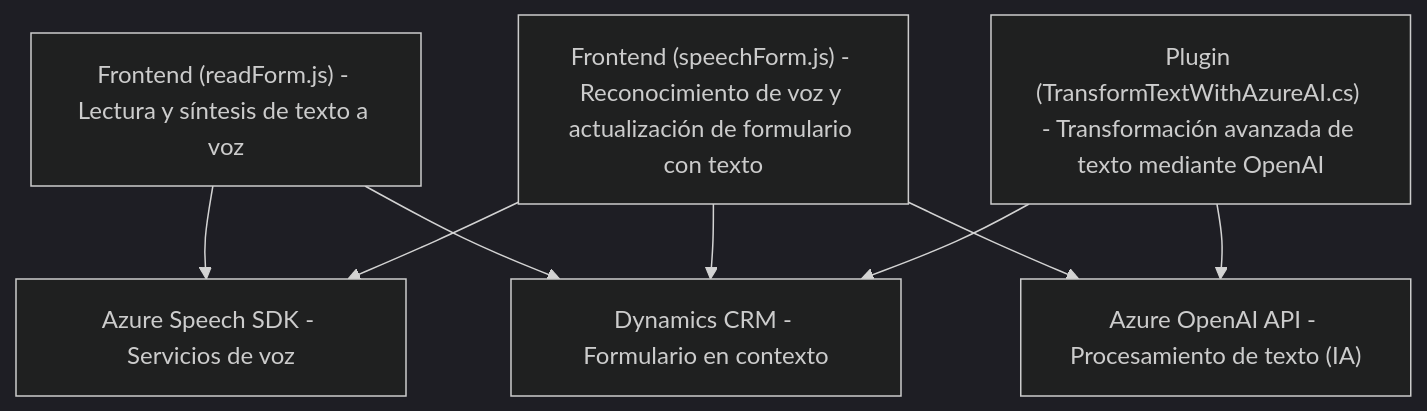
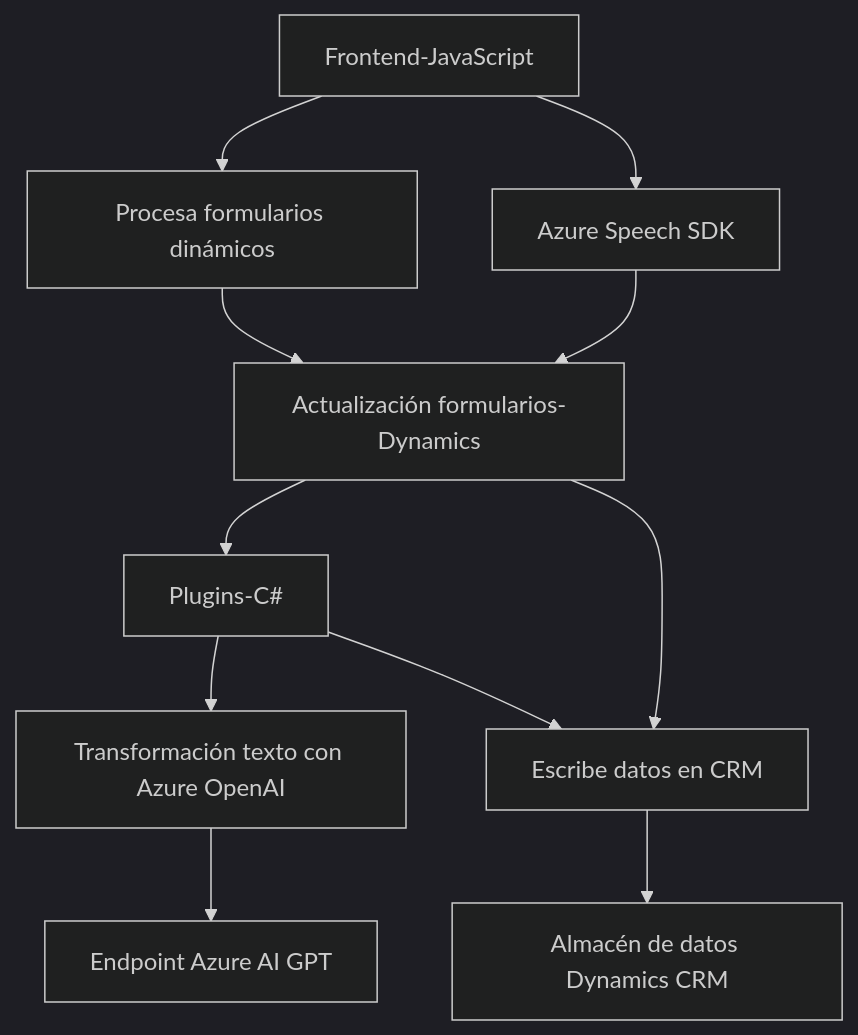
The diagram in README.md (blopezdm/NETCORE_BILBAO2025), drawn with Mermaid (dark theme) before and after one commit. The commit also changed other lines of this file, not shown here.

Commit message:
Actualizar análisis global de la solución con IA

````diff
--- a/README.md
+++ b/README.md
@@ -52,17 +39,15 @@
 ```mermaid
 graph TD
-  A["Frontend (readForm.js) - Lectura y síntesis de texto a voz"]
-  B["Frontend (speechForm.js) - Reconocimiento de voz y actualización de formulario con texto"]
-  C["Plugin (TransformTextWithAzureAI.cs) - Transformación avanzada de texto mediante OpenAI"]
-  D["Azure Speech SDK - Servicios de voz"]
-  E["Azure OpenAI API - Procesamiento de texto (IA)"]
-  F["Dynamics CRM - Formulario en contexto"]
+  A1[Frontend-JavaScript] --> A2["Procesa formularios dinámicos"]
+  A1 --> B1["Azure Speech SDK"]
+  A2 --> C1["Actualización formularios-Dynamics"]
+  B1 --> C1
 
-  A --> D
-  B --> D
-  B --> E
-  C --> E
-  A --> F
-  B --> F
-  C --> F
+  C1 --> D1["Plugins-C#"]
+  D1 --> E1["Transformación texto con Azure OpenAI"]
+  D1 --> F1["Actualización entidades-Dynamics"]
+  E1 --> G1["Endpoint Azure AI GPT"]
+  
+  C1 --> F1["Escribe datos en CRM"]
+  F1 --> H1["Almacén de datos Dynamics CRM"]
 ```
````
